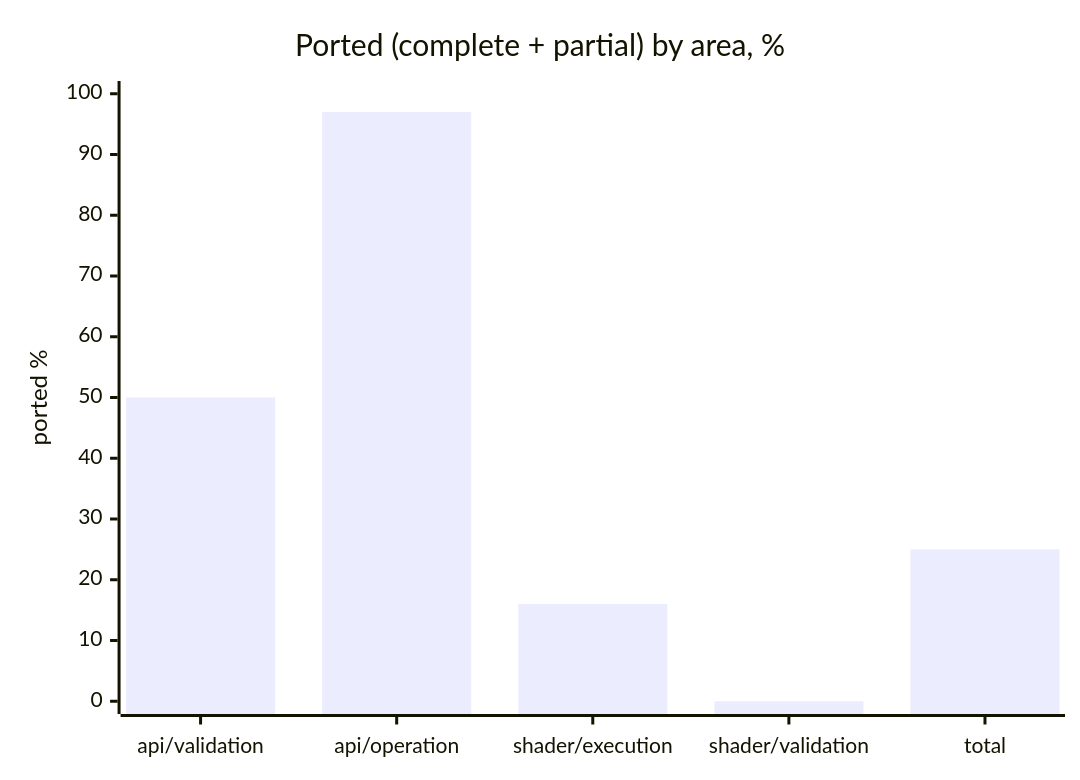
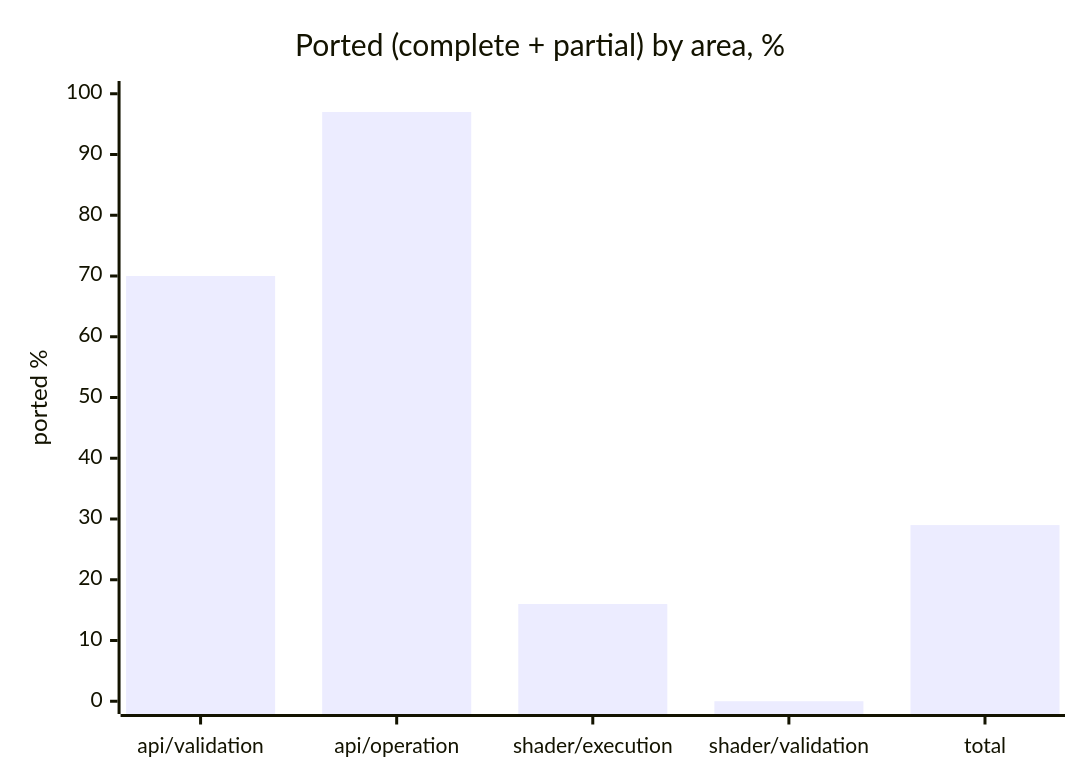
Before and after one commit to infosia/webgpu-native-cts: the second of 2 diagrams in README.md, drawn with Mermaid. The commit also changed other lines of this file and 11 other files, not shown here.

````diff
--- a/README.md
+++ b/README.md
@@ -104,7 +104,7 @@
 ```mermaid
 xychart-beta
     title "Ported (complete + partial) by area, %"
     x-axis ["api/validation", "api/operation", "shader/execution", "shader/validation", "total"]
     y-axis "ported %" 0 --> 100
-    bar [50, 97, 16, 0, 25]
+    bar [70, 97, 16, 0, 29]
 ```
````
